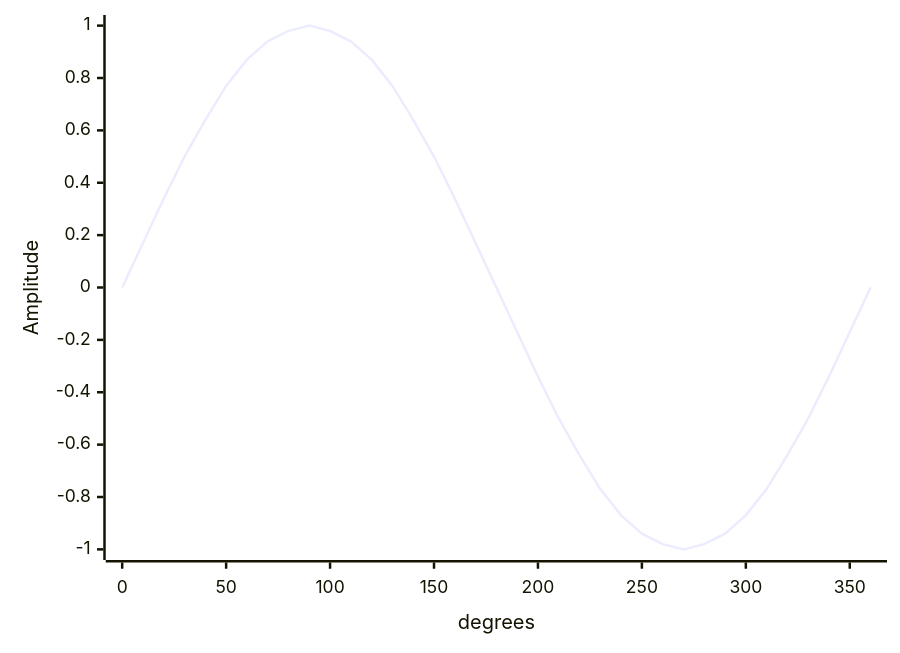
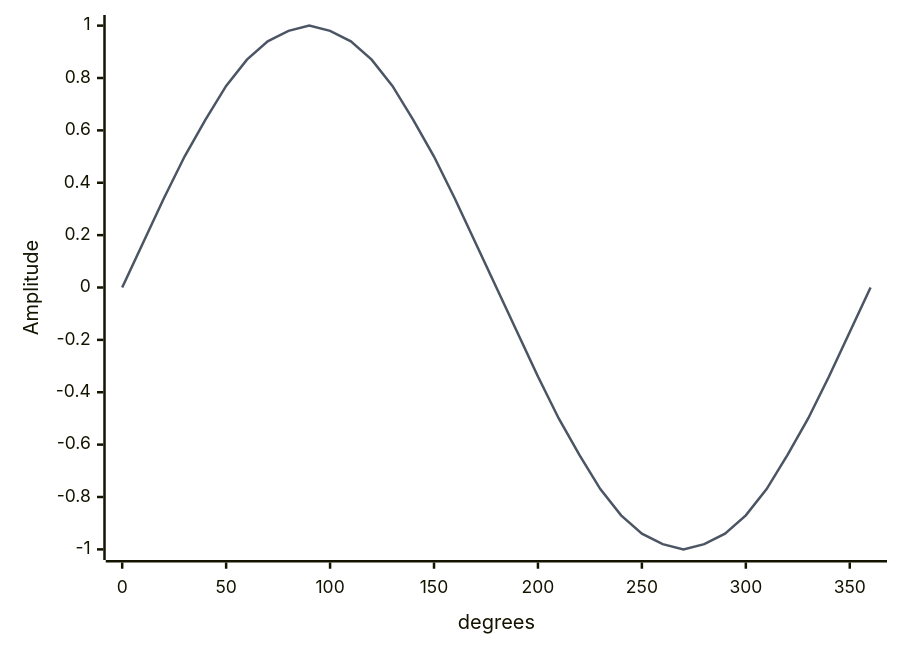
The third of 3 diagrams in README.md (wayne-whitley/simple-initial-repository), drawn with Mermaid before and after one commit.

````diff
--- a/README.md
+++ b/README.md
@@ -17,6 +17,12 @@
 ```mermaid
+---
+config:
+  themeVariables:
+    xyChart:
+      plotColorPalette: "#4b5563, #3b82f6"
+---
 xychart-beta
     x-axis "degrees" 0 --> 360 
     y-axis "Amplitude" -1 --> 1
     line [0, 0.17, 0.34, 0.5, 0.64, 0.77, 0.87, 0.94, 0.98, 1.0, 0.98, 0.94, 0.87, 0.77, 0.64, 0.5, 0.34, 0.17, 0.0, -0.17, -0.34, -0.5, -0.64, -0.77, -0.87, -0.94, -0.98, -1.0, -0.98, -0.94, -0.87, -0.77, -0.64, -0.5, -0.34, -0.17, 0]
 ```
````
